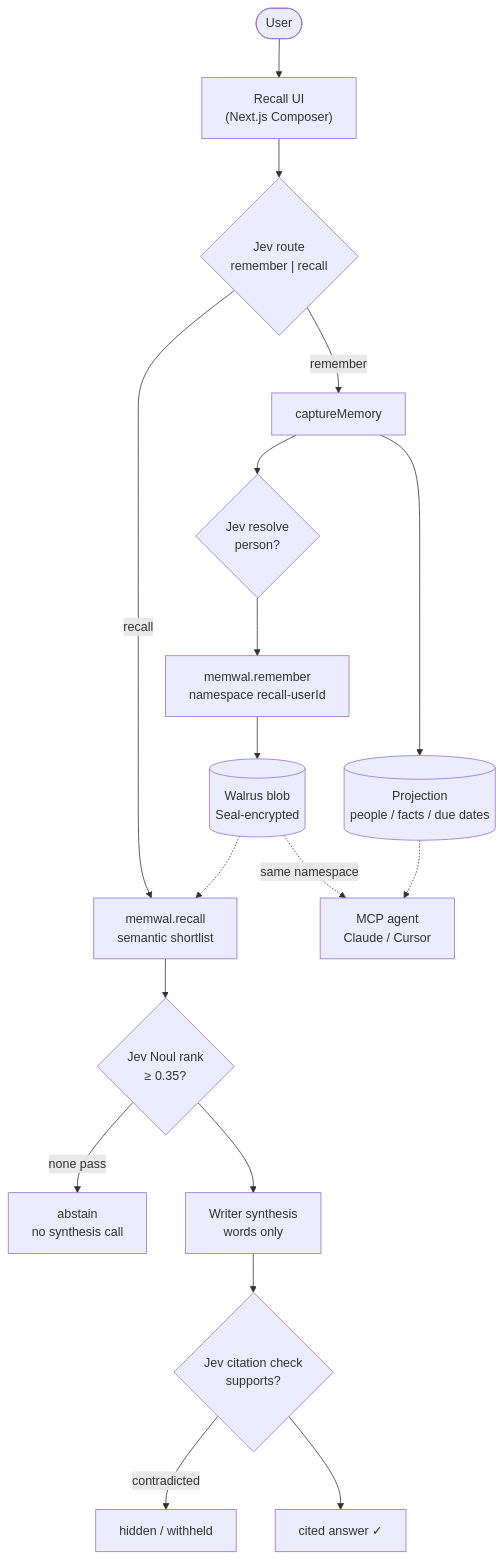
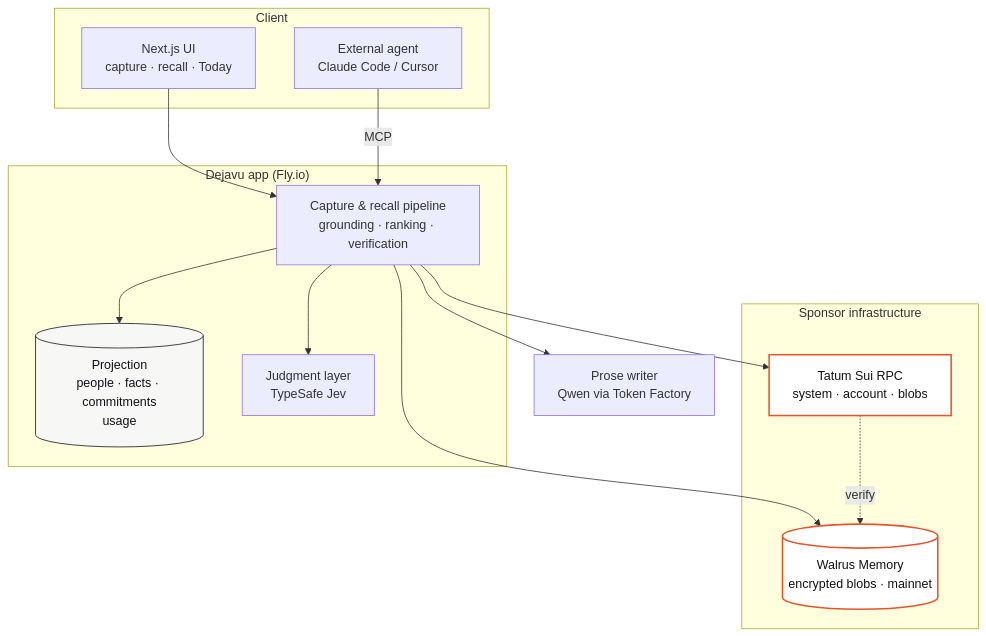
Before and after one commit to PhiBao/dejavu: the first of 3 diagrams in README.md, drawn with Mermaid. The commit also changed other lines of this file and 44 other files, not shown here.

First line of the commit message:
rebrand: Recall -> Dejavu

````diff
--- a/README.md
+++ b/README.md
@@ -156,23 +192,34 @@
 ```mermaid
 flowchart TB
-    User(["User"]) --> UI["Recall UI<br/>(Next.js Composer)"]
-    UI --> Route{"Jev route<br/>remember | recall"}
+    subgraph client["Client"]
+        UI["Next.js UI<br/>capture · recall · Today"]
+        AGENT["External agent<br/>Claude Code / Cursor"]
+    end
 
-    Route -->|remember| Cap["captureMemory"]
-    Cap --> Person{"Jev resolve<br/>person?"}
-    Person --> WalrusW["memwal.remember<br/>namespace recall-userId"]
-    WalrusW --> Blob[("Walrus blob<br/>Seal-encrypted")]
-    Cap --> Proj[("Projection<br/>people / facts / due dates")]
+    subgraph app["Dejavu app (Fly.io)"]
+        PIPE["Capture & recall pipeline<br/>grounding · ranking · verification"]
+        PROJ[("Projection<br/>people · facts · commitments<br/>usage")]
+        JUDGE["Judgment layer<br/>TypeSafe Jev"]
+    end
 
-    Route -->|recall| Fast["memwal.recall<br/>semantic shortlist"]
-    Blob -.-> Fast
-    Fast --> Rank{"Jev Noul rank<br/>≥ 0.35?"}
-    Rank -->|none pass| Abstain["abstain<br/>no synthesis call"]
-    Rank --> Synth["Writer synthesis<br/>words only"]
-    Synth --> Verify{"Jev citation check<br/>supports?"}
-    Verify -->|contradicted| Hide["hidden / withheld"]
-    Verify --> Cited["cited answer ✓"]
+    subgraph sponsors["Sponsor infrastructure"]
+        WALRUS[("Walrus Memory<br/>encrypted blobs · mainnet")]
+        TATUM["Tatum Sui RPC<br/>system · account · blobs"]
+    end
 
-    Blob -.->|same namespace| MCP["MCP agent<br/>Claude / Cursor"]
-    Proj -.-> MCP
+    WRITER["Prose writer<br/>Qwen via Token Factory"]
+
+    UI --> PIPE
+    AGENT -->|MCP| PIPE
+    PIPE --> JUDGE
+    PIPE --> WRITER
+    PIPE --> WALRUS
+    PIPE --> PROJ
+    TATUM -.->|verify| WALRUS
+    PIPE --> TATUM
+
+    classDef focal fill:#fff,stroke:#e4572e,stroke-width:2px,color:#0f1115
+    classDef store fill:#f7f7f5,stroke:#0f1115,stroke-width:1px,color:#0f1115
+    class WALRUS,TATUM focal
+    class PROJ store
 ```
````
